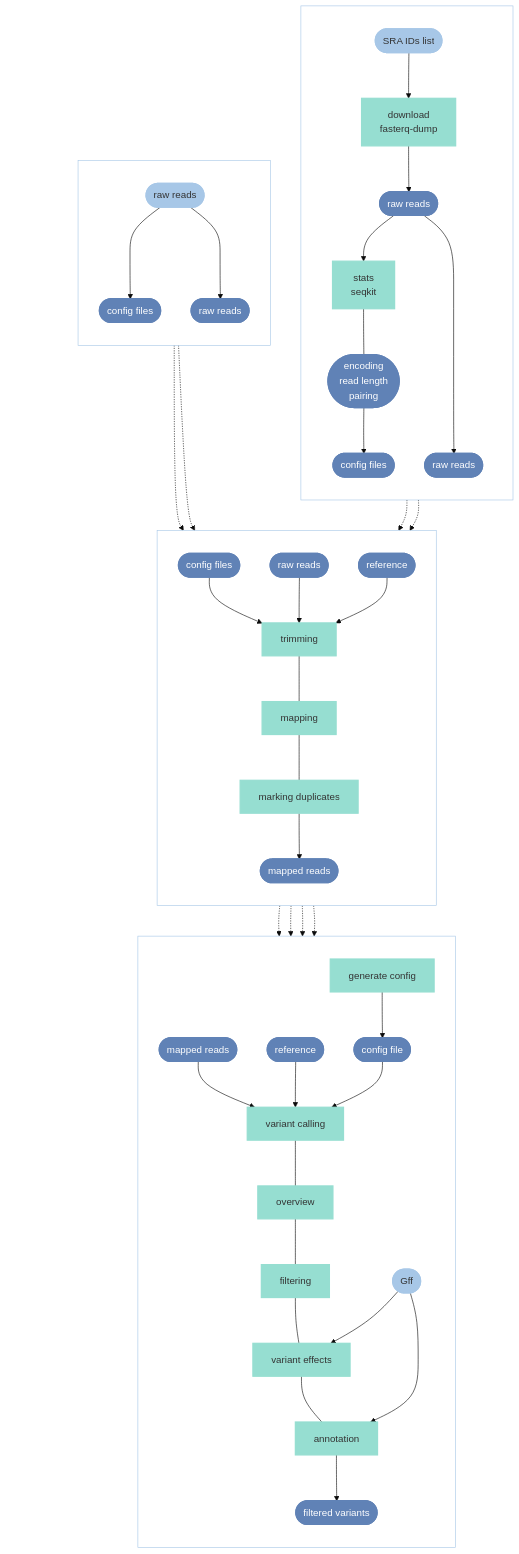
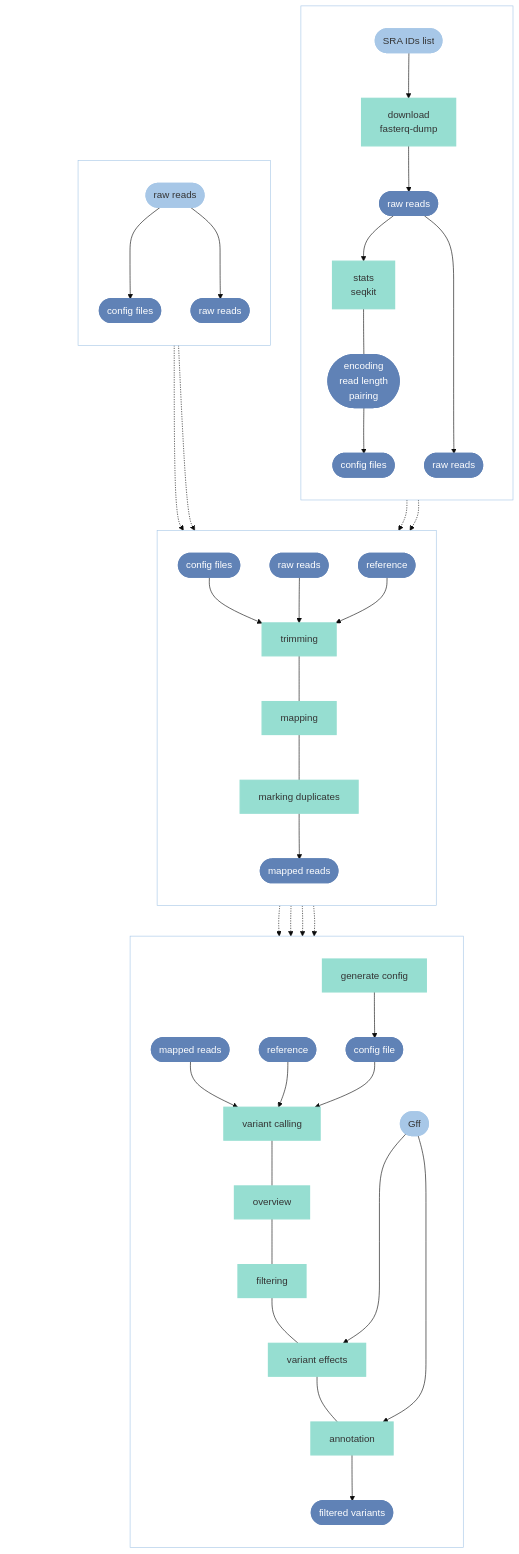
Before and after one commit to aniafijarczyk/read-map-call: the diagram in README_overview.md, drawn with Mermaid (base theme).

````diff
--- a/README_overview.md
+++ b/README_overview.md
@@ -4,67 +4,67 @@
 ```mermaid
 graph TB;
 
     classDef Output fill:#6082B6,stroke:#6082B6,stroke-width:2px,color:#fff;
     classDef Input fill:#A7C7E7,stroke:#A7C7E7,stroke-width:2px;
     classDef Process fill:#96DED1,stroke:#96DED1,stroke-width:2px;
 
     subgraph download
         direction TB;
         A([SRA IDs list]):::Input --> A2["download\nfasterq-dump"]:::Process;
         A2 --> B(["raw reads"]):::Output;
         B --> D["stats\nseqkit"];
         D:::Process --- E(["encoding\nread length\npairing"]);
         E:::Output --> G(["config files"]):::Output;
         B ----> B2(["raw reads"]):::Output;
     end
 
     subgraph genconf
         direction TB;
         C(["raw reads"]):::Input ---> I(["config files"]):::Output;
         C ---> C2(["raw reads"]):::Output
     end
 
     subgraph mapping
         direction TB;
         H(["config files"]):::Output --> J[trimming]:::Process;
         H2(["raw reads"]):::Output --> J[trimming]:::Process;
         H3(["reference"]):::Output --> J[trimming]:::Process;
         J --- K[mapping]:::Process;
         K --- L[marking duplicates]:::Process;
         L --> M(["mapped reads"]):::Output;
     end
 
     subgraph snps
         direction TB;
         CN["generate config"]:::Process --> CN2(["config file"]):::Output;
         SI(["mapped reads"]):::Output --> S1["variant calling"]:::Process;
         R(["reference"]):::Output --> S1["variant calling"]:::Process;
         CN2 --> S1;
         S1 --- S2["overview"]:::Process;
         S2 --- S3["filtering"]:::Process;
         S3 --- S4["variant effects"]:::Process;
         S4 --- S5["annotation"]:::Process;
         S5 --> S6(["filtered variants"]):::Output;
-        GFF(["Gff"]):::Input --> S4;
-        GFF(["Gff"]):::Input --> S5;
+        GFF(["Gff"]):::Input ----> S4;
+        GFF(["Gff"]):::Input -----> S5;
     end
     
     subgraph main
         direction TB;
         G -.-> H;
         I -.-> H;
         B2 -.-> H2;
         C2 -.-> H2;
         M -.-> SI;
         M -.-> CN;
         H3 -.-> R;
-        H3 -.-> CN2;
+        H3 -.-> CN;
     end
     
     classDef subg fill:#fff,color:#fff,stroke:#A7C7E7
     class download,genconf,mapping,snps subg
 	
     classDef maing fill:#fff,color:#fff,stroke:#fff
     class main maing
 
 ```
````
